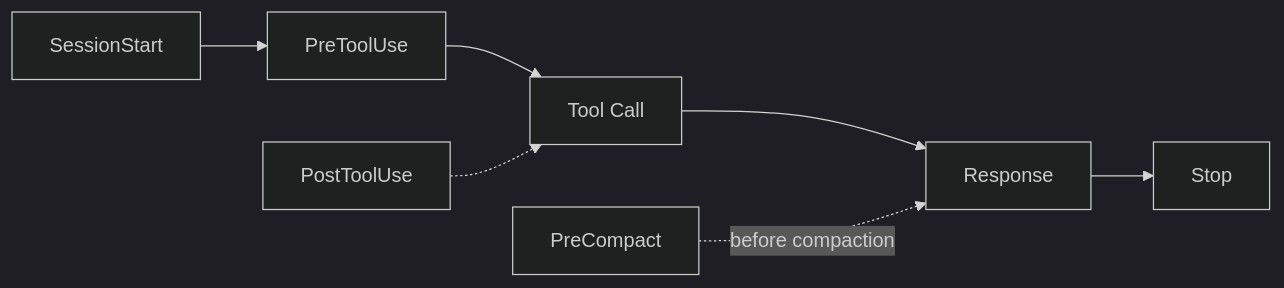
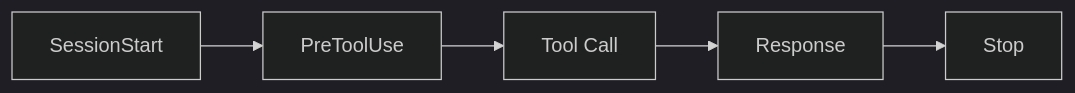
One commit to chenklein26-maker/Harness-Starter changed the second of 2 diagrams in README.en.md. Above: the diagram before and after it, drawn with Mermaid (dark theme). The commit also changed other lines of this file and 5 other files, not shown here.

````diff
--- a/README.en.md
+++ b/README.en.md
@@ -114,9 +114,7 @@
 ```mermaid
 flowchart LR
   A[SessionStart] --> B[PreToolUse]
   B --> C[Tool Call]
-  D[PostToolUse] -.-> C
-  C --> E[Response]
-  E --> F[Stop]
-  G[PreCompact] -.->|before compaction| E
+  C --> D[Response]
+  D --> E[Stop]
 ```
````
